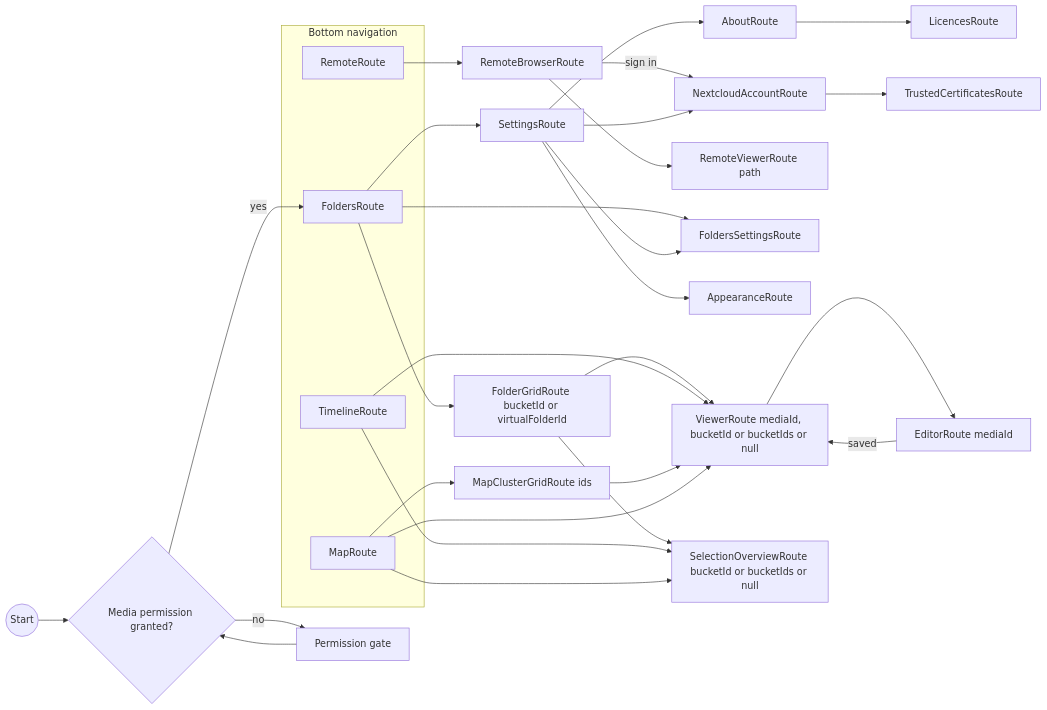
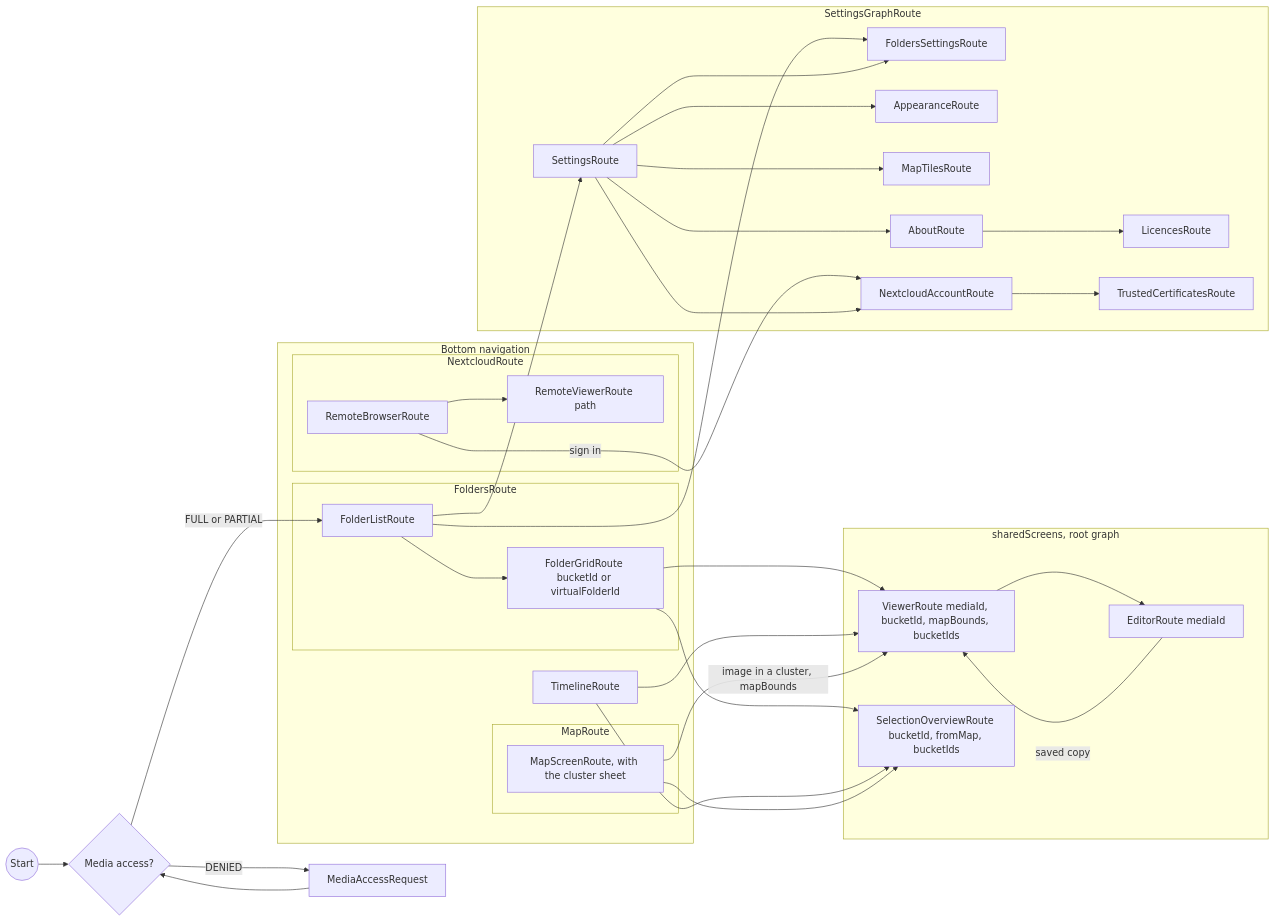
Diagram 13 of 13 in docs/ARCHITECTURE.md (drehtuer/NextGalleryApp), drawn with Mermaid before and after one commit. The commit also changed other lines of this file and 9 other files, not shown here.

````diff
--- a/docs/ARCHITECTURE.md
+++ b/docs/ARCHITECTURE.md
@@ -847,39 +901,62 @@
 ```mermaid
 flowchart LR
-    start(("Start")) --> perm{"Media permission granted?"}
-    perm -- "no" --> PermissionScreen["Permission gate"]
-    PermissionScreen --> perm
-    perm -- "yes" --> Folders
+    start(("Start")) --> perm{"Media access?"}
+    perm -- "DENIED" --> AccessRequest["MediaAccessRequest"]
+    AccessRequest --> perm
+    perm -- "FULL or PARTIAL" --> FolderList
 
     subgraph TopLevel["Bottom navigation"]
-        Folders["FoldersRoute"]
+        subgraph FoldersGraph["FoldersRoute"]
+            FolderList["FolderListRoute"]
+            FolderGrid["FolderGridRoute bucketId or virtualFolderId"]
+        end
         Timeline["TimelineRoute"]
-        Map["MapRoute"]
-        Remote["RemoteRoute"]
+        subgraph MapGraph["MapRoute"]
+            MapScreen["MapScreenRoute, with the cluster sheet"]
+        end
+        subgraph NextcloudGraph["NextcloudRoute"]
+            RemoteBrowser["RemoteBrowserRoute"]
+            RemoteViewer["RemoteViewerRoute path"]
+        end
     end
 
-    Folders --> FolderGrid["FolderGridRoute bucketId or virtualFolderId"]
-    FolderGrid --> Viewer["ViewerRoute mediaId, bucketId or bucketIds or null"]
+    subgraph Shared["sharedScreens, root graph"]
+        Viewer["ViewerRoute mediaId, bucketId, mapBounds, bucketIds"]
+        Editor["EditorRoute mediaId"]
+        SelOverview["SelectionOverviewRoute bucketId, fromMap, bucketIds"]
+    end
+
+    subgraph SettingsGraph["SettingsGraphRoute"]
+        Settings["SettingsRoute"]
+        FoldersSettings["FoldersSettingsRoute"]
+        Appearance["AppearanceRoute"]
+        MapTiles["MapTilesRoute"]
+        About["AboutRoute"]
+        Licences["LicencesRoute"]
+        Account["NextcloudAccountRoute"]
+        Certs["TrustedCertificatesRoute"]
+    end
+
+    FolderList --> FolderGrid
+    FolderGrid --> Viewer
     Timeline --> Viewer
-    Map --> ClusterGrid["MapClusterGridRoute ids"]
-    ClusterGrid --> Viewer
-    Map --> Viewer
-    Viewer --> Editor["EditorRoute mediaId"]
-    Editor -- "saved" --> Viewer
+    MapScreen -- "image in a cluster, mapBounds" --> Viewer
+    Viewer --> Editor
+    Editor -- "saved copy" --> Viewer
+    FolderGrid --> SelOverview
+    Timeline --> SelOverview
+    MapScreen --> SelOverview
 
-    Remote --> RemoteBrowser["RemoteBrowserRoute"]
+    RemoteBrowser --> RemoteViewer
     RemoteBrowser -- "sign in" --> Account
-    RemoteBrowser --> RemoteViewer["RemoteViewerRoute path"]
 
-    Folders --> Settings["SettingsRoute"]
-    Folders --> FoldersSettings
-    Settings --> FoldersSettings["FoldersSettingsRoute"]
-    Settings --> Appearance["AppearanceRoute"]
-    Settings --> About["AboutRoute"]
-    About --> Licences["LicencesRoute"]
-    Settings --> Account["NextcloudAccountRoute"]
-    Account --> Certs["TrustedCertificatesRoute"]
-    FolderGrid --> SelOverview["SelectionOverviewRoute bucketId or bucketIds or null"]
-    Timeline --> SelOverview
-    Map --> SelOverview
+    FolderList --> Settings
+    FolderList --> FoldersSettings
+    Settings --> FoldersSettings
+    Settings --> Appearance
+    Settings --> MapTiles
+    Settings --> About
+    About --> Licences
+    Settings --> Account
+    Account --> Certs
 ```
````
